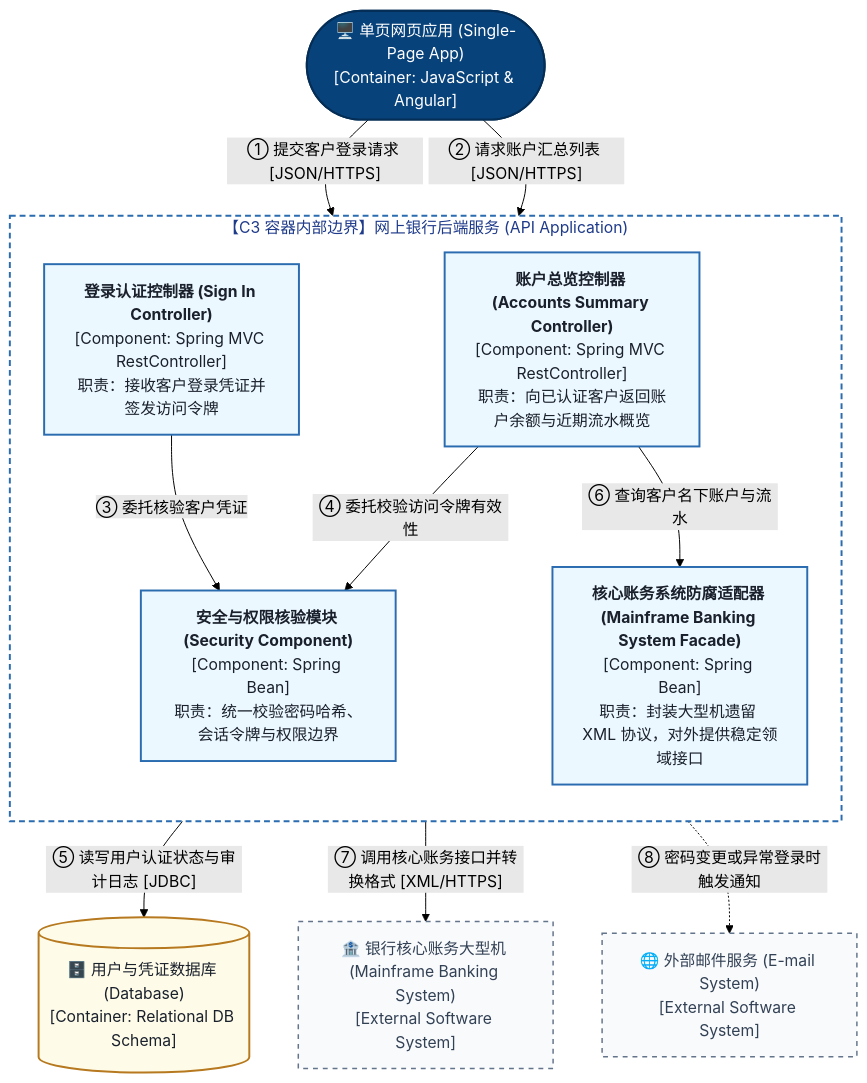
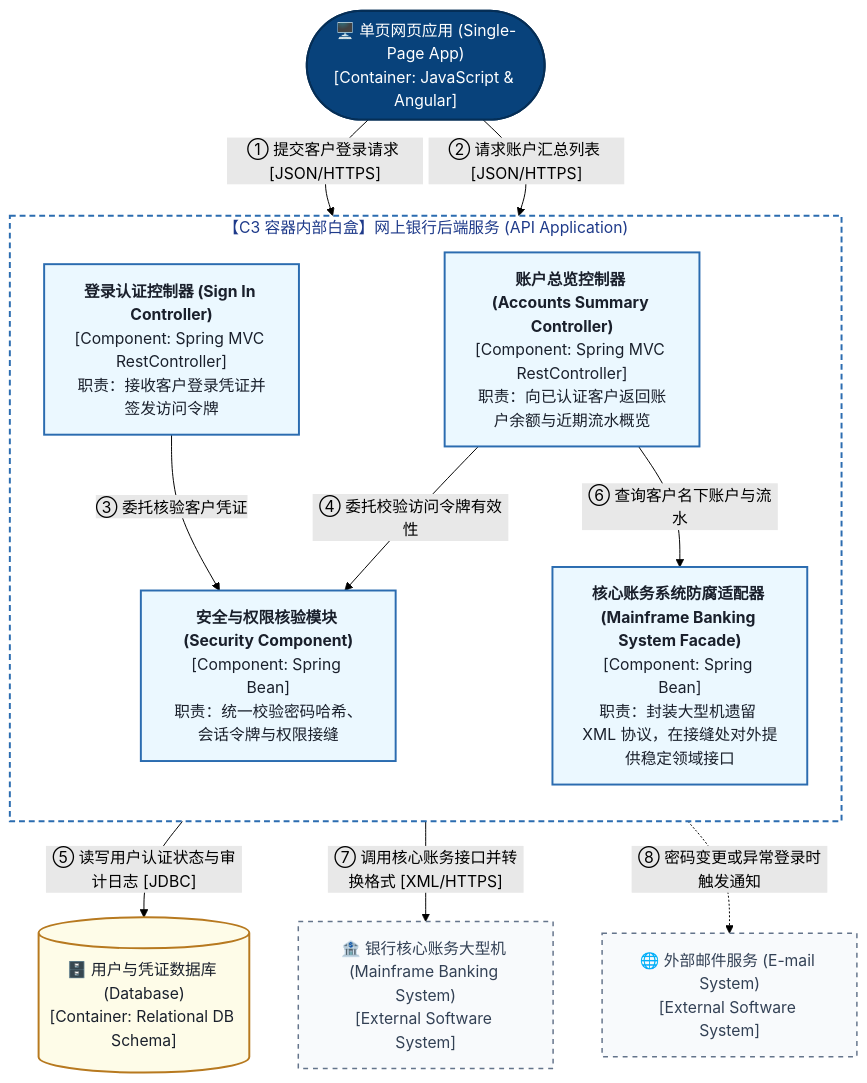
The first of 6 diagrams in builtin-skills/skills/mermaid-diagrams/SKILL.md (yuan88964/RelayStudio), drawn with Mermaid (forest theme) before and after one commit. The commit also changed other lines of this file and 9 other files, not shown here.

Commit message:
docs(builtin-skills): unify Bailout (退路情景) contract and English diagram/merge skills

````diff
--- a/builtin-skills/skills/mermaid-diagrams/SKILL.md
+++ b/builtin-skills/skills/mermaid-diagrams/SKILL.md
@@ -76,32 +77,32 @@
 ```mermaid
 flowchart TB
     classDef person fill:#08427B,stroke:#052E56,stroke-width:2px,color:#FFFFFF
     classDef comp fill:#EBF8FF,stroke:#2B6CB0,stroke-width:2px,color:#1A202C
     classDef db fill:#FEFCE8,stroke:#B7791F,stroke-width:2px,color:#1A202C
     classDef ext fill:#F8FAFC,stroke:#64748B,stroke-width:1.5px,stroke-dasharray: 5 5,color:#334155
 
     SPA(["🖥️ 单页网页应用 (Single-Page App)<br/>[Container: JavaScript & Angular]"]):::person
     EmailSys["🌐 外部邮件服务 (E-mail System)<br/>[External Software System]"]:::ext
     Mainframe["🏦 银行核心账务大型机 (Mainframe Banking System)<br/>[External Software System]"]:::ext
 
-    subgraph ApiBoundary ["【C3 容器内部边界】网上银行后端服务 (API Application)"]
+    subgraph ApiBoundary ["【C3 容器内部白盒】网上银行后端服务 (API Application)"]
         direction TB
         SignInCtrl["<b>登录认证控制器 (Sign In Controller)</b><br/>[Component: Spring MVC RestController]<br/>职责：接收客户登录凭证并签发访问令牌"]:::comp
         AcctCtrl["<b>账户总览控制器 (Accounts Summary Controller)</b><br/>[Component: Spring MVC RestController]<br/>职责：向已认证客户返回账户余额与近期流水概览"]:::comp
-        SecComp["<b>安全与权限核验模块 (Security Component)</b><br/>[Component: Spring Bean]<br/>职责：统一校验密码哈希、会话令牌与权限边界"]:::comp
-        CoreAdapter["<b>核心账务系统防腐适配器 (Mainframe Banking System Facade)</b><br/>[Component: Spring Bean]<br/>职责：封装大型机遗留 XML 协议，对外提供稳定领域接口"]:::comp
+        SecComp["<b>安全与权限核验模块 (Security Component)</b><br/>[Component: Spring Bean]<br/>职责：统一校验密码哈希、会话令牌与权限接缝"]:::comp
+        CoreAdapter["<b>核心账务系统防腐适配器 (Mainframe Banking System Facade)</b><br/>[Component: Spring Bean]<br/>职责：封装大型机遗留 XML 协议，在接缝处对外提供稳定领域接口"]:::comp
     end
 
     UserDB[("🗄️ 用户与凭证数据库 (Database)<br/>[Container: Relational DB Schema]")]:::db
 
     SPA -->|"① 提交客户登录请求 [JSON/HTTPS]"| SignInCtrl
     SPA -->|"② 请求账户汇总列表 [JSON/HTTPS]"| AcctCtrl
     SignInCtrl -->|"③ 委托核验客户凭证"| SecComp
     AcctCtrl -->|"④ 委托校验访问令牌有效性"| SecComp
     SecComp -->|"⑤ 读写用户认证状态与审计日志 [JDBC]"| UserDB
     AcctCtrl -->|"⑥ 查询客户名下账户与流水"| CoreAdapter
     CoreAdapter -->|"⑦ 调用核心账务接口并转换格式 [XML/HTTPS]"| Mainframe
     SecComp -.->|"⑧ 密码变更或异常登录时触发通知"| EmailSys
 
     style ApiBoundary fill:#FFFFFF,stroke:#2B6CB0,stroke-width:2px,stroke-dasharray: 6 4,color:#1E3A8A
 ```
````
